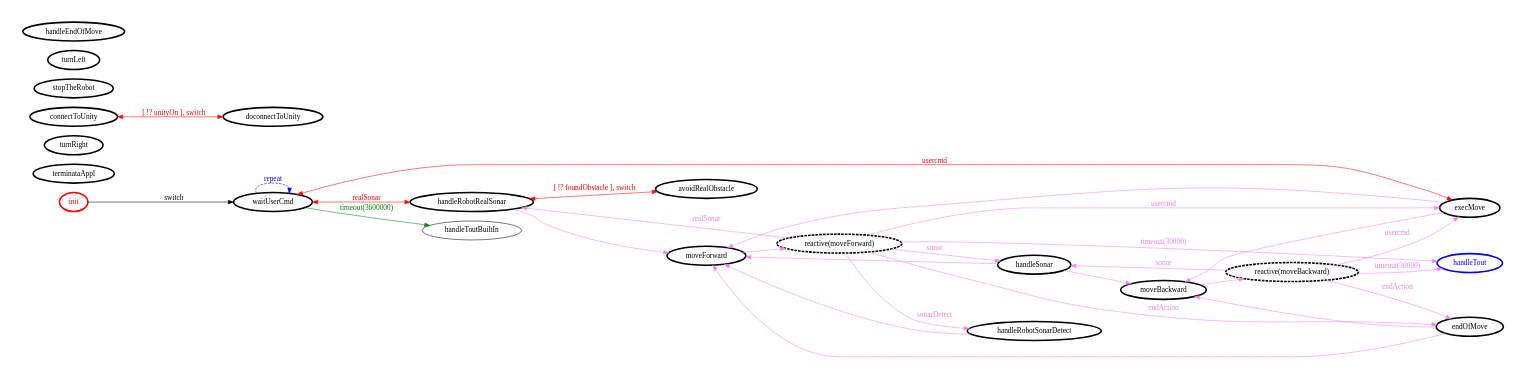
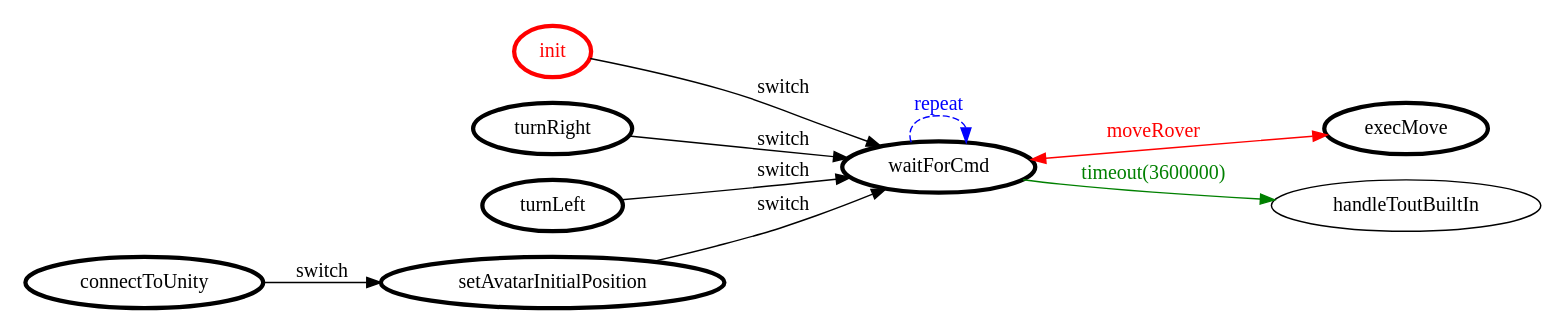
The diagram in it.unibo.mbot/srcMore/it/unibo/rover/rover.gv (MatteoMendula/iss2018Lab), drawn with Graphviz before and after one commit. The commit also changed 208 other files, not shown here.

```diff
--- a/it.unibo.mbot/srcMore/it/unibo/rover/rover.gv
+++ b/it.unibo.mbot/srcMore/it/unibo/rover/rover.gv
@@ -1,60 +1,28 @@
 /*
 *
 * A GraphViz DOT FSM description 
 * Please use a GraphViz visualizer (like http://www.webgraphviz.com)
 *  
 */
 
 digraph finite_state_machine {
 	rankdir=LR
 	size="8,5"
 	
 	init [ color = red ][ fontcolor = red ][ penwidth = 3 ]
-	terminataAppl [ color = black ][ fontcolor = black ][ penwidth = 3 ]
-	avoidRealObstacle [ color = black ][ fontcolor = black ][ penwidth = 3 ]
-	moveForward [ color = black ][ fontcolor = black ][ penwidth = 3 ]
-	handleSonar [ color = black ][ fontcolor = black ][ penwidth = 3 ]
-	endOfMove [ color = black ][ fontcolor = black ][ penwidth = 3 ]
+	execMove [ color = black ][ fontcolor = black ][ penwidth = 3 ]
+	waitForCmd [ color = black ][ fontcolor = black ][ penwidth = 3 ]
 	turnRight [ color = black ][ fontcolor = black ][ penwidth = 3 ]
-	doconnectToUnity [ color = black ][ fontcolor = black ][ penwidth = 3 ]
-	moveBackward [ color = black ][ fontcolor = black ][ penwidth = 3 ]
-	stopTheRobot [ color = black ][ fontcolor = black ][ penwidth = 3 ]
-	handleRobotRealSonar [ color = black ][ fontcolor = black ][ penwidth = 3 ]
+	turnLeft [ color = black ][ fontcolor = black ][ penwidth = 3 ]
+	setAvatarInitialPosition [ color = black ][ fontcolor = black ][ penwidth = 3 ]
 	connectToUnity [ color = black ][ fontcolor = black ][ penwidth = 3 ]
-	execMove [ color = black ][ fontcolor = black ][ penwidth = 3 ]
-	handleRobotSonarDetect [ color = black ][ fontcolor = black ][ penwidth = 3 ]
-	waitUserCmd [ color = black ][ fontcolor = black ][ penwidth = 3 ]
-	turnLeft [ color = black ][ fontcolor = black ][ penwidth = 3 ]
-	handleEndOfMove [ color = black ][ fontcolor = black ][ penwidth = 3 ]
-	"reactive(moveBackward)" [ style = dashed ][ color = black ][ fontcolor = black ][ penwidth = 3 ]
-	"reactive(moveForward)" [ style = dashed ][ color = black ][ fontcolor = black ][ penwidth = 3 ]
-	handleTout [ color = blue ][ fontcolor = blue ][ penwidth = 3 ]
 	
-	waitUserCmd -> handleToutBuiltIn [ label = "timeout(3600000)" ][ color = green ][ fontcolor = green ]
-	"reactive(moveBackward)" -> execMove [ label = "usercmd" ][ color = violet ][ fontcolor = violet ]
-	handleRobotRealSonar -> avoidRealObstacle [ label = "[ !? foundObstacle ], switch" ][ color = red ][ fontcolor = red ][ dir = both ]
-	handleSonar -> moveBackward[ color = violet ][ fontcolor = violet ]
-	waitUserCmd -> handleRobotRealSonar [ label = "realSonar" ][ color = red ][ fontcolor = red ][ dir = both ]
-	connectToUnity -> doconnectToUnity [ label = "[ !? unityOn ], switch" ][ color = red ][ fontcolor = red ][ dir = both ]
-	"reactive(moveBackward)" -> endOfMove [ label = "endAction" ][ color = violet ][ fontcolor = violet ]
-	endOfMove -> moveForward[ color = violet ][ fontcolor = violet ]
-	waitUserCmd -> execMove [ label = "usercmd" ][ color = red ][ fontcolor = red ][ dir = both ]
-	handleSonar -> moveForward[ color = violet ][ fontcolor = violet ]
-	init -> waitUserCmd [ label = "switch" ][ color = black ][ fontcolor = black ]
-	moveForward -> "reactive(moveForward)" [ label = "" ][ color = violet ][ fontcolor = violet ]
-	"reactive(moveForward)" -> execMove [ label = "usercmd" ][ color = violet ][ fontcolor = violet ]
-	handleRobotRealSonar -> moveForward[ color = violet ][ fontcolor = violet ]
-	execMove -> moveForward[ color = violet ][ fontcolor = violet ]
-	endOfMove -> moveBackward[ color = violet ][ fontcolor = violet ]
-	execMove -> moveBackward[ color = violet ][ fontcolor = violet ]
-	"reactive(moveForward)" -> endOfMove [ label = "endAction" ][ color = violet ][ fontcolor = violet ]
-	"reactive(moveForward)" -> handleTout [ label = "timeout(30000)" ][ color = violet ][ fontcolor = violet ]
-	"reactive(moveForward)" -> handleRobotSonarDetect [ label = "sonarDetect" ][ color = violet ][ fontcolor = violet ]
-	moveBackward -> "reactive(moveBackward)" [ label = "" ][ color = violet ][ fontcolor = violet ]
-	waitUserCmd -> waitUserCmd [ label = "repeat "][ style = dashed ][ color = blue ][ fontcolor = blue ]
-	handleRobotSonarDetect -> moveForward[ color = violet ][ fontcolor = violet ]
-	"reactive(moveBackward)" -> handleTout [ label = "timeout(30000)" ][ color = violet ][ fontcolor = violet ]
-	"reactive(moveBackward)" -> handleSonar [ label = "sonar" ][ color = violet ][ fontcolor = violet ]
-	"reactive(moveForward)" -> handleRobotRealSonar [ label = "realSonar" ][ color = violet ][ fontcolor = violet ]
-	"reactive(moveForward)" -> handleSonar [ label = "sonar" ][ color = violet ][ fontcolor = violet ]
+	turnLeft -> waitForCmd [ label = "switch" ][ color = black ][ fontcolor = black ]
+	waitForCmd -> execMove [ label = "moveRover" ][ color = red ][ fontcolor = red ][ dir = both ]
+	waitForCmd -> handleToutBuiltIn [ label = "timeout(3600000)" ][ color = green ][ fontcolor = green ]
+	setAvatarInitialPosition -> waitForCmd [ label = "switch" ][ color = black ][ fontcolor = black ]
+	turnRight -> waitForCmd [ label = "switch" ][ color = black ][ fontcolor = black ]
+	connectToUnity -> setAvatarInitialPosition [ label = "switch" ][ color = black ][ fontcolor = black ]
+	init -> waitForCmd [ label = "switch" ][ color = black ][ fontcolor = black ]
+	waitForCmd -> waitForCmd [ label = "repeat "][ style = dashed ][ color = blue ][ fontcolor = blue ]
 }
```
